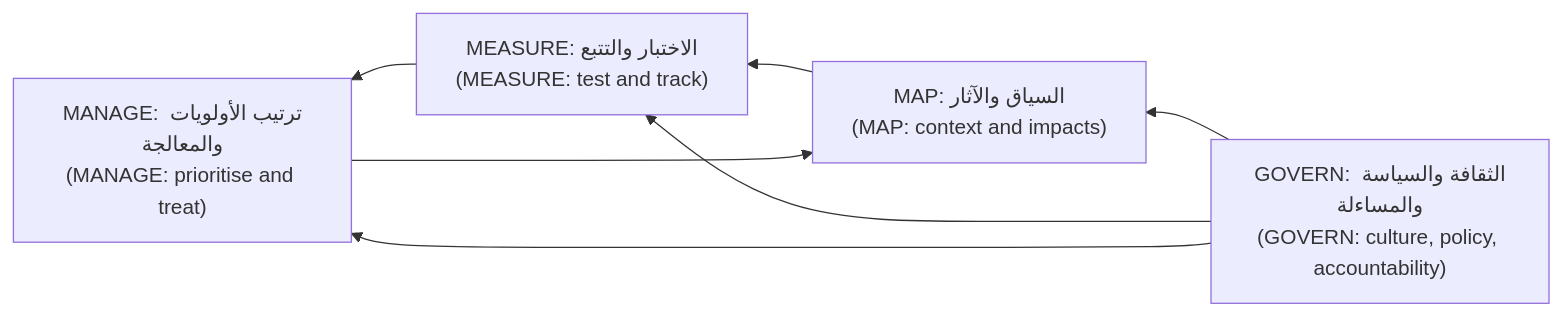
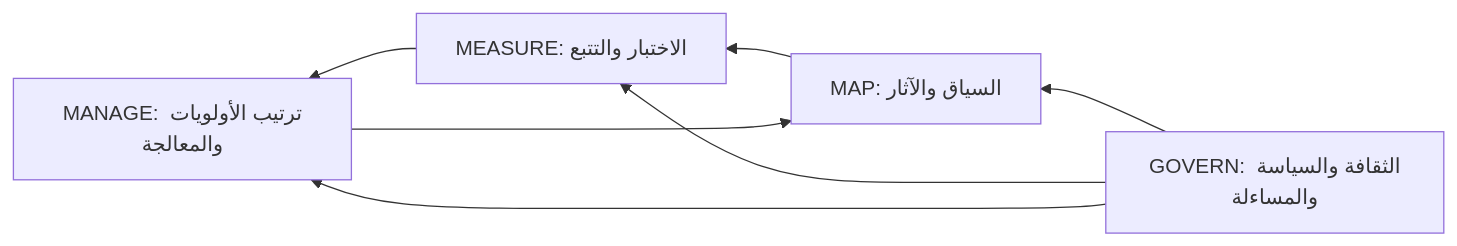
The first of 2 diagrams in aigp/modules/07-frameworks.ar.md (Tamoura/system-design-for-vibe-coders), drawn with Mermaid before and after one commit. The commit also changed other lines of this file and 551 other files, not shown here.

````diff
--- a/aigp/modules/07-frameworks.ar.md
+++ b/aigp/modules/07-frameworks.ar.md
@@ -118,9 +118,9 @@
 ```mermaid
 flowchart RL
-  G["GOVERN: الثقافة والسياسة والمساءلة<br/>(GOVERN: culture, policy, accountability)"] --> M1["MAP: السياق والآثار<br/>(MAP: context and impacts)"]
-  M1 --> M2["MEASURE: الاختبار والتتبع<br/>(MEASURE: test and track)"]
-  M2 --> M3["MANAGE: ترتيب الأولويات والمعالجة<br/>(MANAGE: prioritise and treat)"]
+  G["GOVERN: الثقافة والسياسة والمساءلة"] --> M1["MAP: السياق والآثار"]
+  M1 --> M2["MEASURE: الاختبار والتتبع"]
+  M2 --> M3["MANAGE: ترتيب الأولويات والمعالجة"]
   M3 --> M1
   G --> M2
   G --> M3
 ```
````
